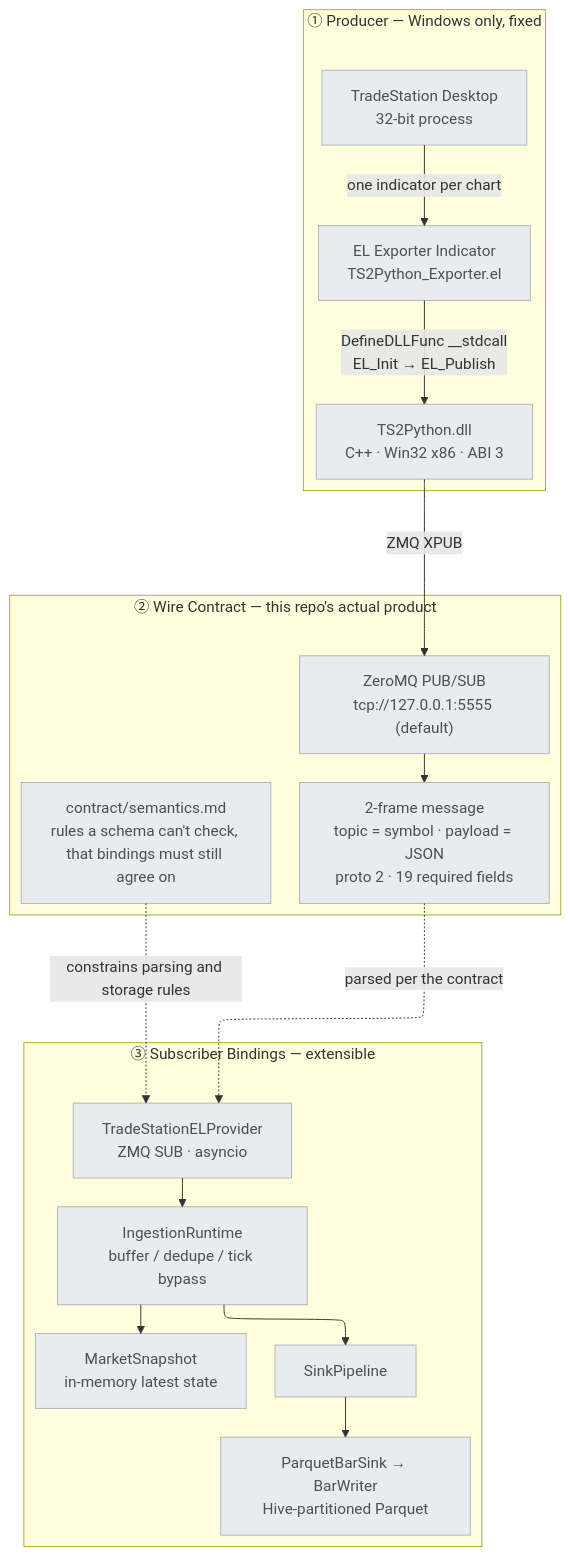
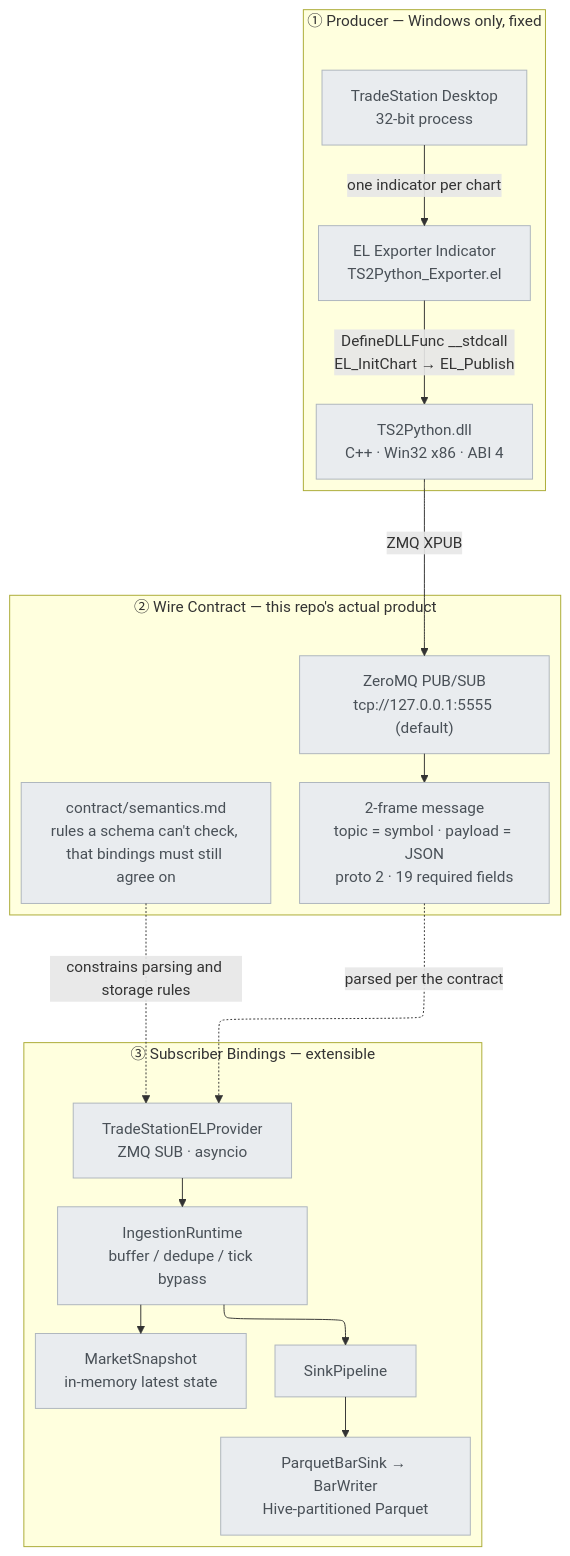
The first of 4 diagrams in docs/architecture.md (millerlai/tradestation-data-provider), drawn with Mermaid before and after one commit. The commit also changed other lines of this file and 26 other files, not shown here.

````diff
--- a/docs/architecture.md
+++ b/docs/architecture.md
@@ -52,44 +52,44 @@
 ```mermaid
 ---
 config:
   flowchart:
     defaultRenderer: elk
 ---
 flowchart TB
     subgraph PROD["① Producer — Windows only, fixed"]
         direction TB
         TS["TradeStation Desktop<br/>32-bit process"]
         EL["EL Exporter Indicator<br/>TS2Python_Exporter.el"]
-        DLL["TS2Python.dll<br/>C++ · Win32 x86 · ABI 3"]
+        DLL["TS2Python.dll<br/>C++ · Win32 x86 · ABI 4"]
         TS -->|"one indicator per chart"| EL
-        EL -->|"DefineDLLFunc __stdcall<br/>EL_Init → EL_Publish"| DLL
+        EL -->|"DefineDLLFunc __stdcall<br/>EL_InitChart → EL_Publish"| DLL
     end
 
     subgraph WIRE["② Wire Contract — this repo's actual product"]
         direction TB
         ZMQ["ZeroMQ PUB/SUB<br/>tcp://127.0.0.1:5555 (default)"]
         FRAME["2-frame message<br/>topic = symbol · payload = JSON<br/>proto 2 · 19 required fields"]
         SEM["contract/semantics.md<br/>rules a schema can't check, that bindings must still agree on"]
         ZMQ --> FRAME
     end
 
     subgraph BIND["③ Subscriber Bindings — extensible"]
         direction TB
         SUB["TradeStationELProvider<br/>ZMQ SUB · asyncio"]
         RUNTIME["IngestionRuntime<br/>buffer / dedupe / tick bypass"]
         SNAP["MarketSnapshot<br/>in-memory latest state"]
         PIPE["SinkPipeline"]
         DISK["ParquetBarSink → BarWriter<br/>Hive-partitioned Parquet"]
         SUB --> RUNTIME
         RUNTIME --> SNAP
         RUNTIME --> PIPE
         PIPE --> DISK
     end
 
     DLL -->|"ZMQ XPUB"| ZMQ
     FRAME -.->|"parsed per the contract"| SUB
     SEM -.->|"constrains parsing and storage rules"| SUB
 
     classDef existing fill:#e9ecef,stroke:#adb5bd,color:#495057
     class TS,EL,DLL,ZMQ,FRAME,SEM,SUB,RUNTIME,SNAP,PIPE,DISK existing
 ```
````
